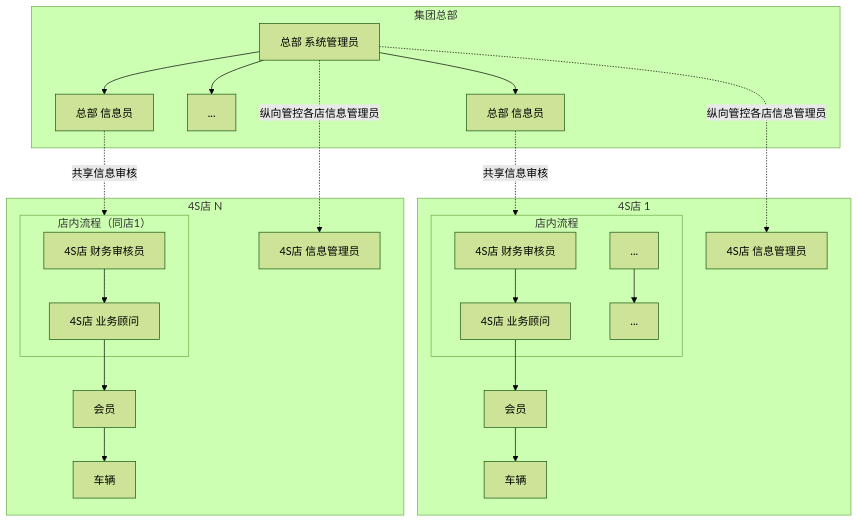
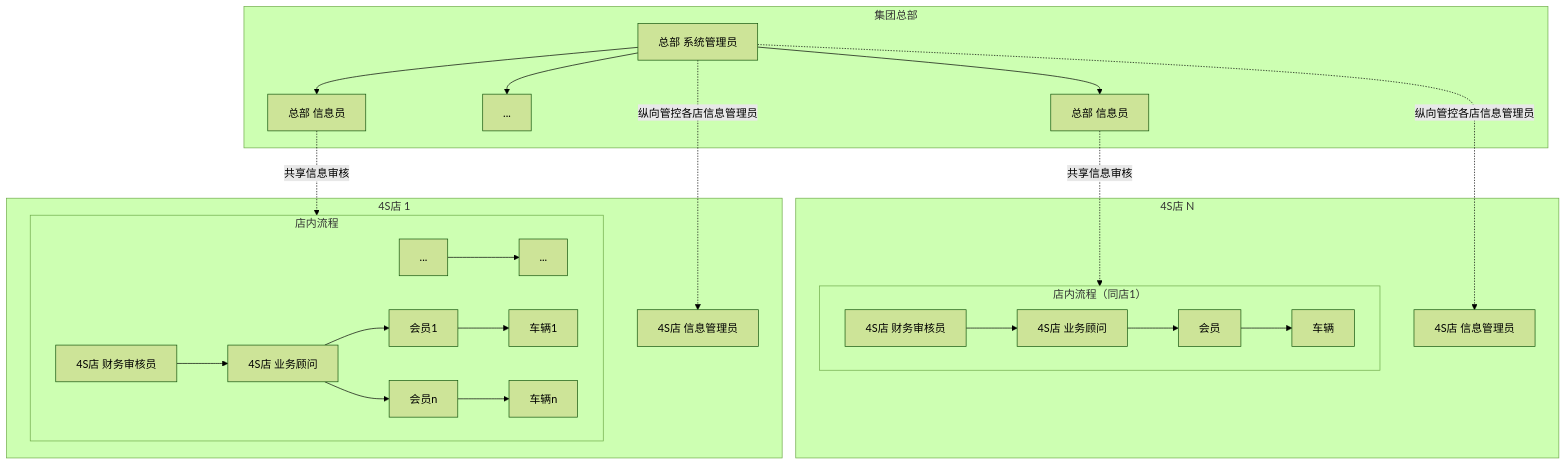
The third of 5 diagrams in docs/业务活动图-Mermaid.md (lalala-m/CarServer), drawn with Mermaid (forest theme) before and after one commit. The commit also changed other lines of this file and 62 other files, not shown here.

````diff
--- a/docs/业务活动图-Mermaid.md
+++ b/docs/业务活动图-Mermaid.md
@@ -72,46 +70,50 @@
 ```mermaid
 flowchart TB
   subgraph T1["集团总部"]
     ADM["总部 系统管理员"]
     INF1["总部 信息员"]
     INFDOT["..."]
     INF3["总部 信息员"]
     ADM --> INF1
     ADM --> INFDOT
     ADM --> INF3
   end
 
+subgraph T3["4S店 N"]
+    IA2["4S店 信息管理员"]
+    subgraph INNER2["店内流程（同店1）"]
+      FA2["4S店 财务审核员"]
+      BC2["4S店 业务顾问"]
+      FA2 --> BC2
+      MEM2[会员]
+      VEH2[车辆]
+      BC2 --> MEM2
+      MEM2 --> VEH2
+    end
+  end
+
   subgraph T2["4S店 1"]
     IA1["4S店 信息管理员"]
     subgraph INNER1["店内流程"]
       FA1["4S店 财务审核员"]
       FA1b["..."]
       BC1["4S店 业务顾问"]
       BC1b["..."]
       FA1 --> BC1
       FA1b --> BC1b
+      MEM1[会员1]
+      VEH1[车辆1]
+      MEMn[会员n]
+      VEHn[车辆n]
+      BC1 --> MEM1
+      BC1 --> MEMn
+      MEM1 --> VEH1
+      MEMn --> VEHn
     end
-    MEM1[会员]
-    VEH1[车辆]
-    BC1 --> MEM1
-    MEM1 --> VEH1
-  end
-
-  subgraph T3["4S店 N"]
-    IA2["4S店 信息管理员"]
-    subgraph INNER2["店内流程（同店1）"]
-      FA2["4S店 财务审核员"]
-      BC2["4S店 业务顾问"]
-      FA2 --> BC2
-    end
-    MEM2[会员]
-    VEH2[车辆]
-    BC2 --> MEM2
-    MEM2 --> VEH2
   end
 
   ADM -.->|纵向管控各店信息管理员| IA1
   ADM -.->|纵向管控各店信息管理员| IA2
   INF1 -.->|共享信息审核| INNER1
   INF3 -.->|共享信息审核| INNER2
 ```
````
